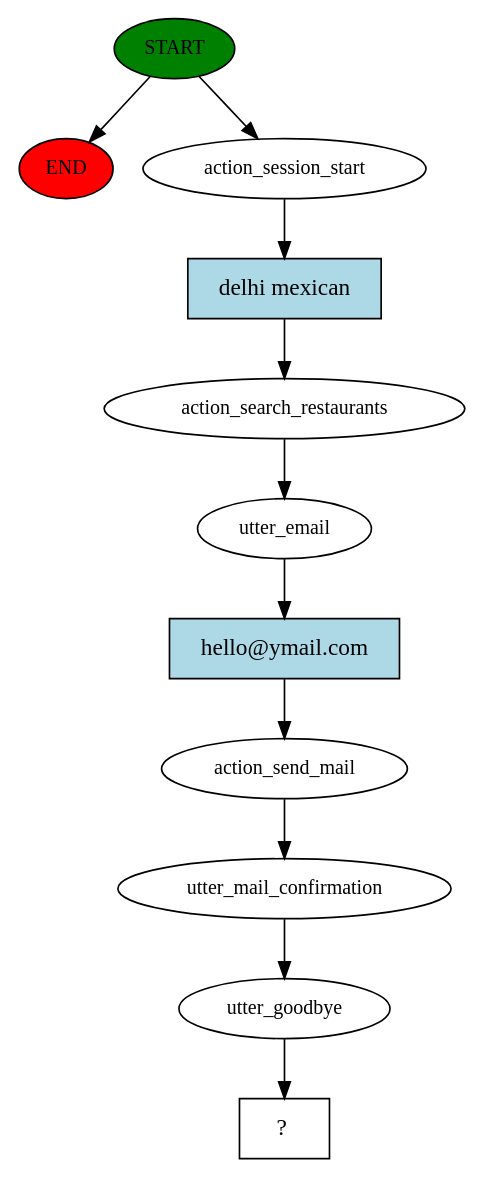
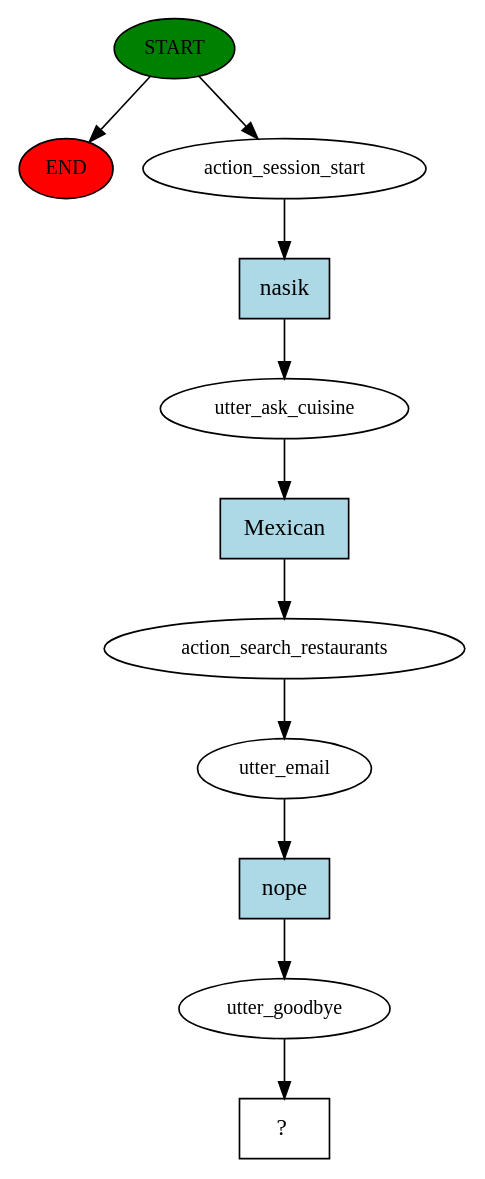
The diagram in story_graph.dot (ahmfrz/restaurant-search-chatbot), drawn with Graphviz before and after one commit. The commit also changed 11 other files, not shown here.

```diff
--- a/story_graph.dot
+++ b/story_graph.dot
@@ -1,23 +1,23 @@
 digraph  {
 0 [class="start active", fillcolor=green, fontsize=12, label=START, style=filled];
 "-1" [class=end, fillcolor=red, fontsize=12, label=END, style=filled];
 1 [class=active, fontsize=12, label=action_session_start];
-2 [class=active, fontsize=12, label=action_search_restaurants];
-3 [class=active, fontsize=12, label=utter_email];
-4 [class=active, fontsize=12, label=action_send_mail];
-5 [class=active, fontsize=12, label=utter_mail_confirmation];
-6 [class=active, fontsize=12, label=utter_goodbye];
-7 [class="intent dashed active", label="  ?  ", shape=rect];
-8 [class="intent active", fillcolor=lightblue, label="delhi mexican", shape=rect, style=filled];
-9 [class="intent active", fillcolor=lightblue, label="hello@ymail.com", shape=rect, style=filled];
+2 [class=active, fontsize=12, label=utter_ask_cuisine];
+3 [class=active, fontsize=12, label=action_search_restaurants];
+4 [class=active, fontsize=12, label=utter_email];
+5 [class=active, fontsize=12, label=utter_goodbye];
+6 [class="intent dashed active", label="  ?  ", shape=rect];
+7 [class="intent active", fillcolor=lightblue, label=nasik, shape=rect, style=filled];
+8 [class="intent active", fillcolor=lightblue, label=Mexican, shape=rect, style=filled];
+9 [class="intent active", fillcolor=lightblue, label=nope, shape=rect, style=filled];
 0 -> "-1"  [class="", key=NONE, label=""];
 0 -> 1  [class=active, key=NONE, label=""];
-1 -> 8  [class=active, key=0];
-2 -> 3  [class=active, key=NONE, label=""];
-3 -> 9  [class=active, key=0];
-4 -> 5  [class=active, key=NONE, label=""];
+1 -> 7  [class=active, key=0];
+2 -> 8  [class=active, key=0];
+3 -> 4  [class=active, key=NONE, label=""];
+4 -> 9  [class=active, key=0];
 5 -> 6  [class=active, key=NONE, label=""];
-6 -> 7  [class=active, key=NONE, label=""];
-8 -> 2  [class=active, key=0];
-9 -> 4  [class=active, key=0];
+7 -> 2  [class=active, key=0];
+8 -> 3  [class=active, key=0];
+9 -> 5  [class=active, key=0];
 }
```
